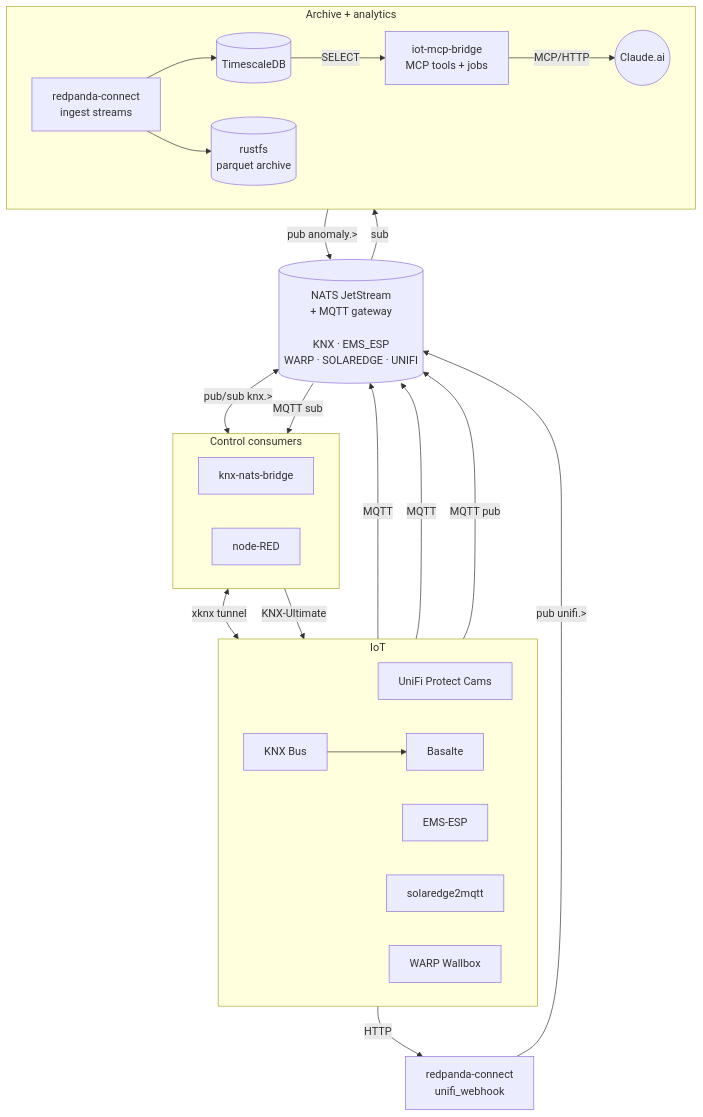
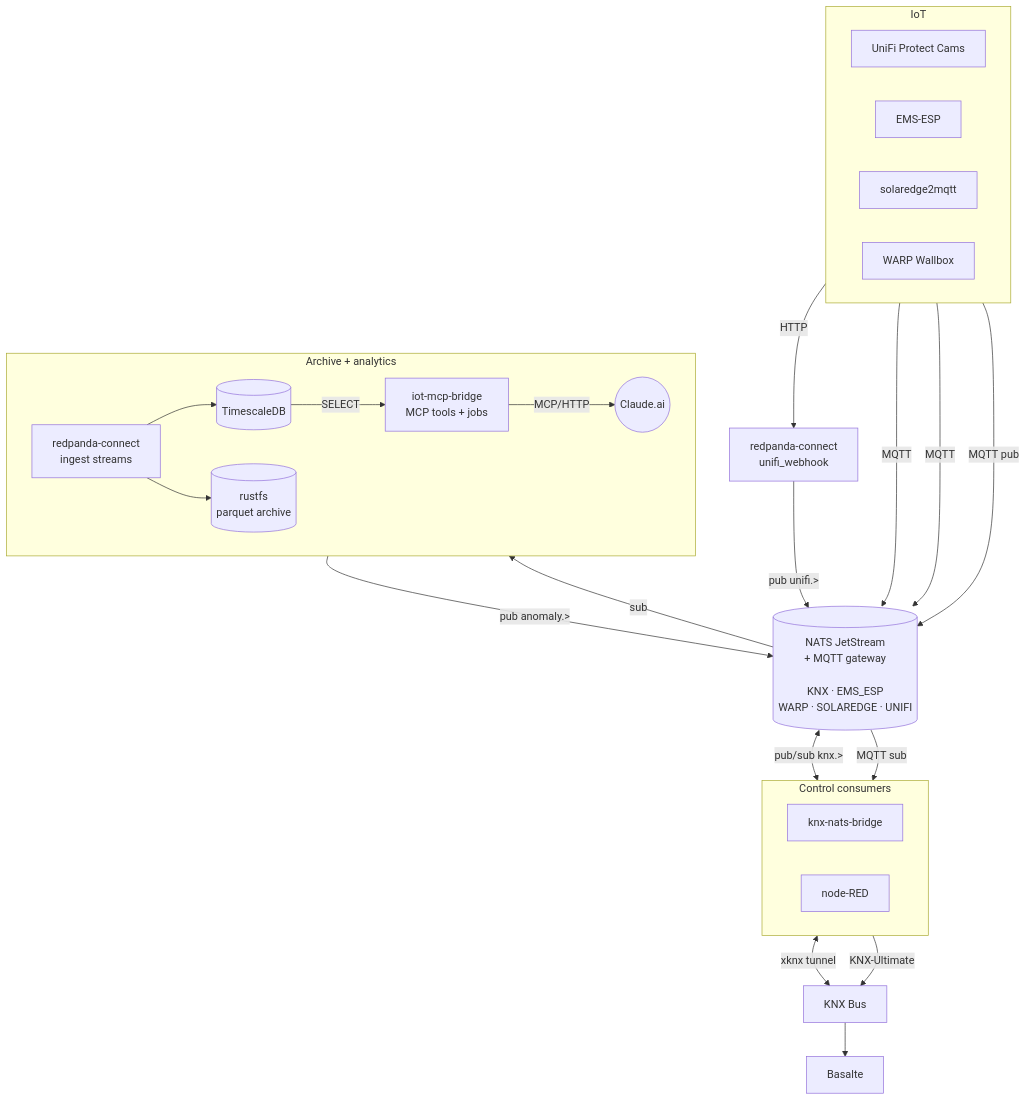
Before and after one commit to alexander-zimmermann/lares: the second of 2 diagrams in README.md, drawn with Mermaid.

Commit message:
docs(readme): move KNX bus + Basalte out of IoT subgraph
With knx + basalte inside the IoT subgraph, the bidirectional edges from
bridge/node-RED back up into IoT pinned the whole IoT cluster to the right
edge of the canvas. Pulling them out as freestanding nodes between CTRL
and ARCH lets mermaid put IoT as a horizontal bar at the top and DBs at
the bottom — the layout the diagram is actually trying to describe.

````diff
--- a/README.md
+++ b/README.md
@@ -134,51 +134,51 @@
 ```mermaid
 flowchart TB
     subgraph IOT[IoT]
         direction LR
         cam[UniFi Protect Cams]
         ems[EMS-ESP]
         pv[solaredge2mqtt]
         warp[WARP Wallbox]
-        knx[KNX Bus]
-        basalte[Basalte]
     end
 
     webhook[redpanda-connect<br/>unifi_webhook]
     cam -- HTTP --> webhook
 
     nats[(NATS JetStream<br/>+ MQTT gateway<br/><br/>KNX · EMS_ESP<br/>WARP · SOLAREDGE · UNIFI)]
 
     webhook -- pub unifi.> --> nats
     ems  -- MQTT --> nats
     pv   -- MQTT --> nats
     warp -- MQTT pub --> nats
 
     subgraph CTRL[Control consumers]
         direction LR
         bridge[knx-nats-bridge]
         nodered[node-RED]
     end
 
     nats <-- pub/sub knx.> --> bridge
     nats -- MQTT sub --> nodered
 
+    knx[KNX Bus]
+    basalte[Basalte]
     bridge <-- xknx tunnel --> knx
     nodered -- KNX-Ultimate --> knx
     knx --> basalte
 
     subgraph ARCH[Archive + analytics]
         direction LR
         ingest[redpanda-connect<br/>ingest streams]
         tsdb[(TimescaleDB)]
         rustfs[(rustfs<br/>parquet archive)]
         mcp[iot-mcp-bridge<br/>MCP tools + jobs]
         claude((Claude.ai))
         ingest --> tsdb
         ingest --> rustfs
         tsdb -- SELECT --> mcp
         mcp -- MCP/HTTP --> claude
     end
 
     nats -- sub --> ingest
     mcp -- pub anomaly.> --> nats
 ```
````
